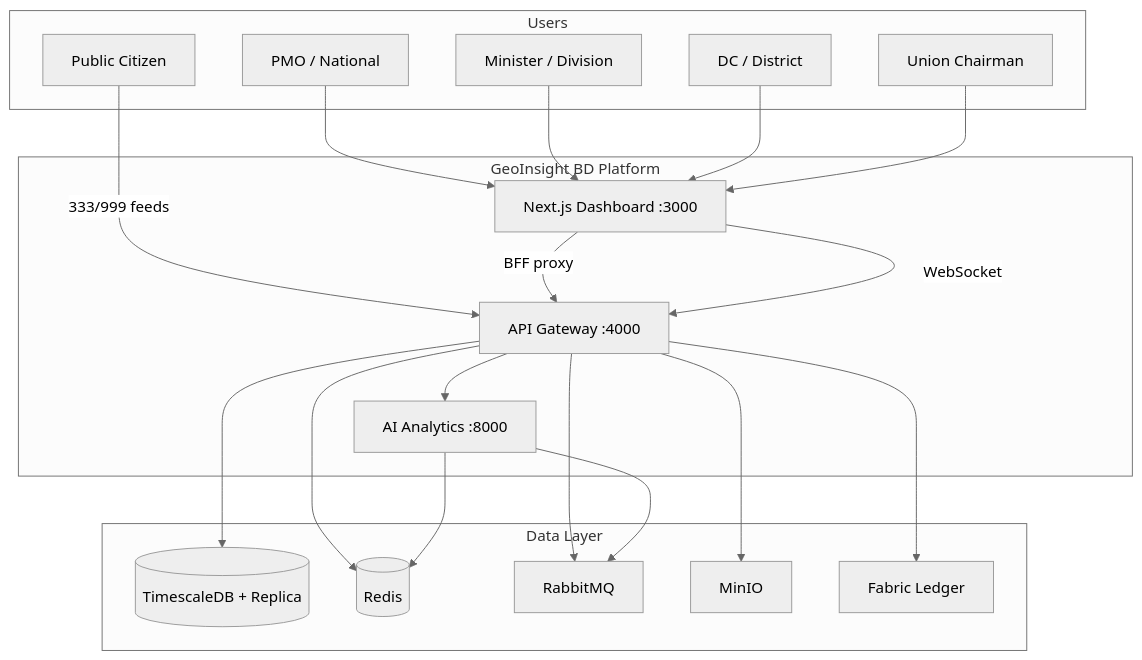
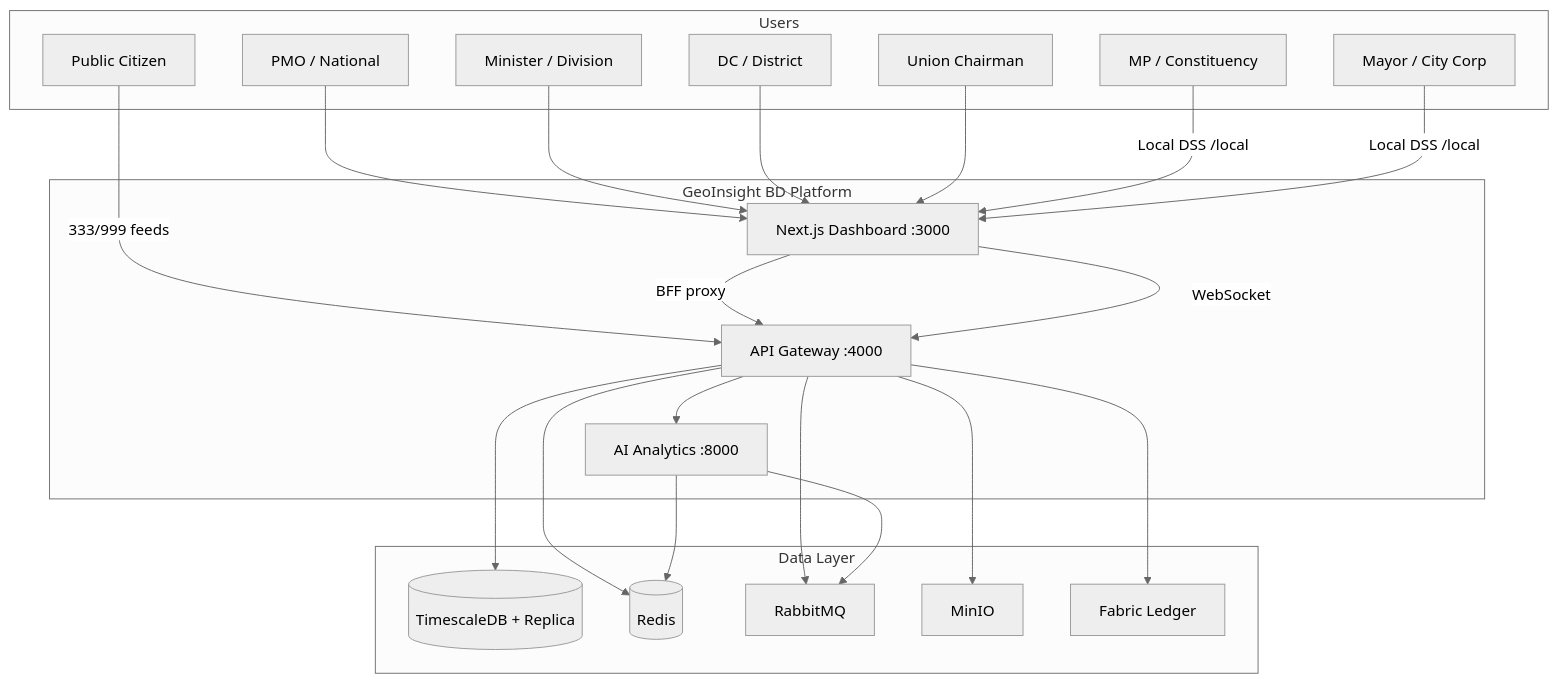
Before and after one commit to mohammad-al-samiul/geoinsight-bd: the first of 4 diagrams in docs/SYSTEM_DESIGN.md, drawn with Mermaid (neutral theme). The commit also changed other lines of this file and 93 other files, not shown here.

First line of the commit message:
feat: add Local DSS phases 0–5, PMO national sectors, and live sidebar pulse

````diff
--- a/docs/SYSTEM_DESIGN.md
+++ b/docs/SYSTEM_DESIGN.md
@@ -272,37 +289,40 @@
 ```mermaid
 flowchart TB
     subgraph Users["Users"]
         PMO[PMO / National]
         MIN[Minister / Division]
         DC[DC / District]
         UC[Union Chairman]
+        MP[MP / Constituency]
+        MY[Mayor / City Corp]
         PUB[Public Citizen]
     end
 
     subgraph Platform["GeoInsight BD Platform"]
         WEB[Next.js Dashboard :3000]
         GW[API Gateway :4000]
         AI[AI Analytics :8000]
     end
 
     subgraph Data["Data Layer"]
         PG[(TimescaleDB + Replica)]
         RD[(Redis)]
         MQ[RabbitMQ]
         S3[MinIO]
         FAB[Fabric Ledger]
     end
 
     PMO & MIN & DC & UC --> WEB
+    MP & MY -->|Local DSS /local| WEB
     PUB -->|333/999 feeds| GW
     WEB -->|BFF proxy| GW
     WEB -->|WebSocket| GW
     GW --> PG
     GW --> RD
     GW --> MQ
     GW --> AI
     GW --> S3
     GW --> FAB
     AI --> MQ
     AI --> RD
 ```
````
